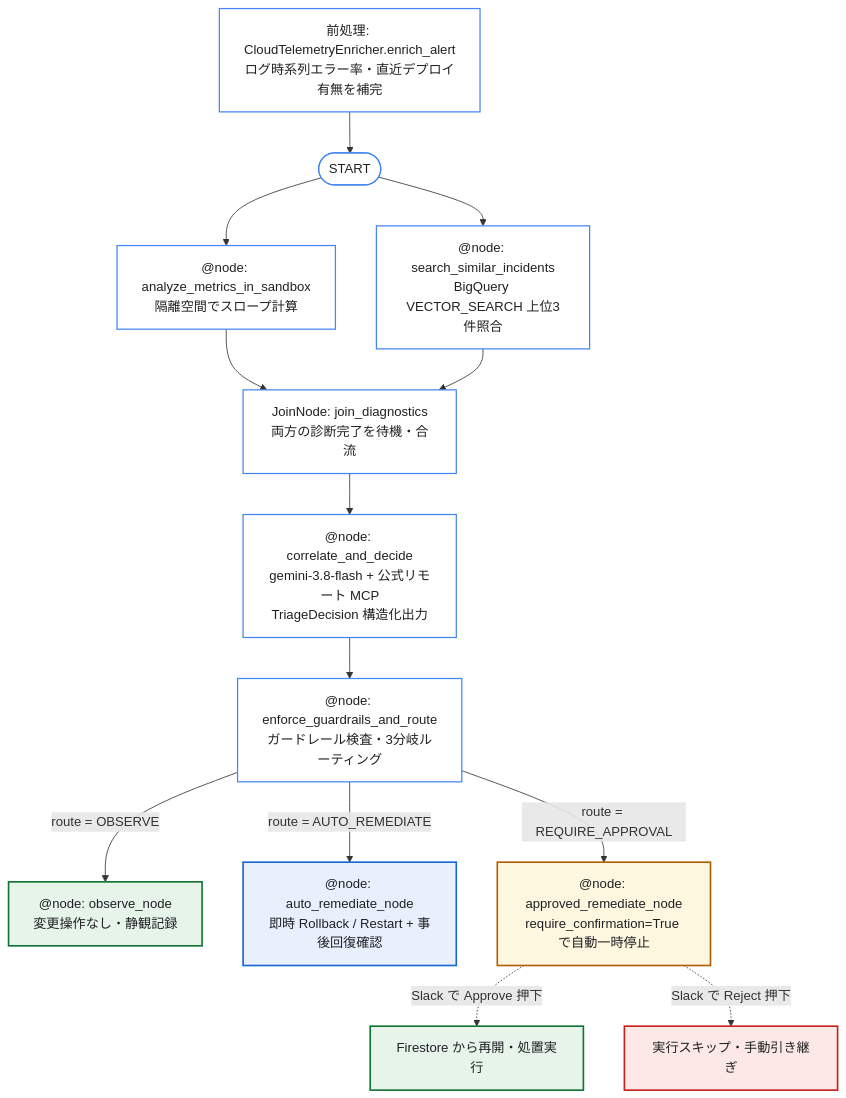
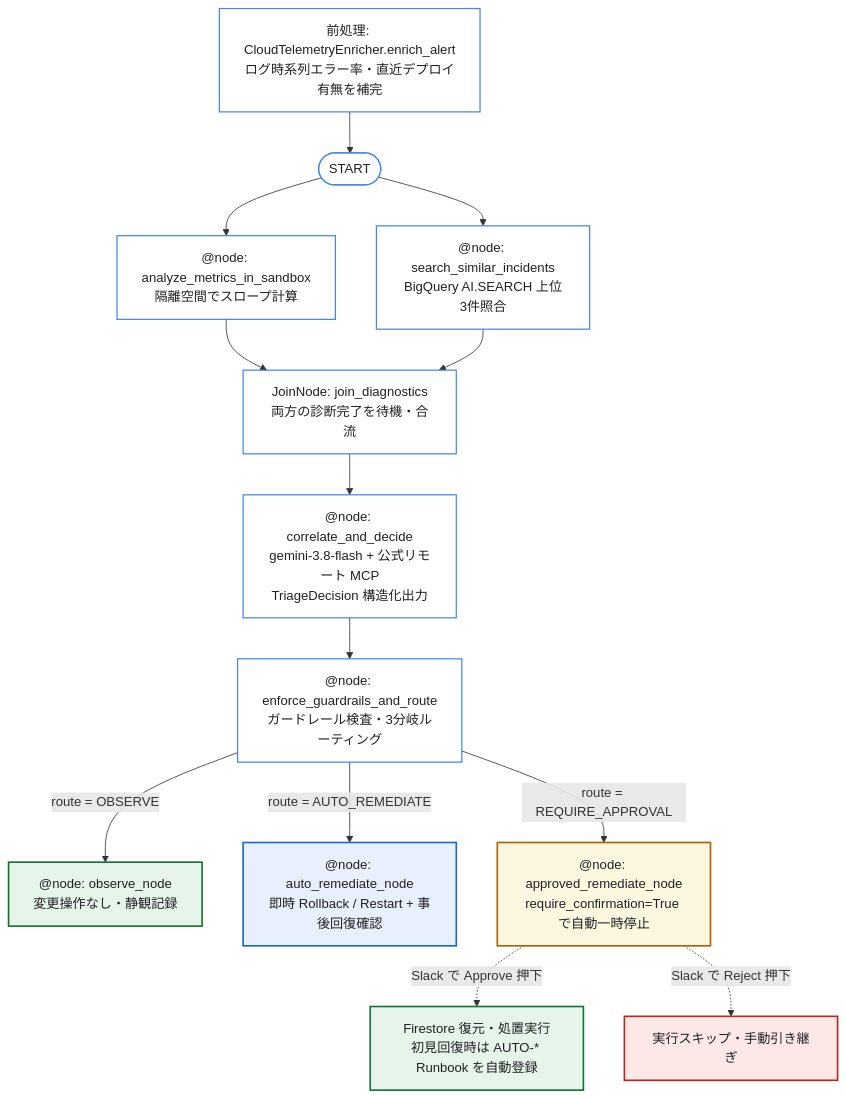
Before and after one commit to tyorikan/agentic-sre-handson: the second of 4 diagrams in docs/04-auto-remediation-and-slack-hitl.md, drawn with Mermaid. The commit also changed other lines of this file and 34 other files, not shown here.

Commit message:
feat: BigQuery AI.EMBED自律埋め込み知識ベース・解決ナレッジ自律昇格・訓練4を追加

````diff
--- a/docs/04-auto-remediation-and-slack-hitl.md
+++ b/docs/04-auto-remediation-and-slack-hitl.md
@@ -61,27 +61,27 @@
 ```mermaid
 flowchart TD
     Pre["前処理: CloudTelemetryEnricher.enrich_alert<br/>ログ時系列エラー率・直近デプロイ有無を補完"] --> S(["START"])
     S --> P1["@node: analyze_metrics_in_sandbox<br/>隔離空間でスロープ計算"]
-    S --> P2["@node: search_similar_incidents<br/>BigQuery VECTOR_SEARCH 上位3件照合"]
+    S --> P2["@node: search_similar_incidents<br/>BigQuery AI.SEARCH 上位3件照合"]
     P1 & P2 --> J["JoinNode: join_diagnostics<br/>両方の診断完了を待機・合流"]
     J --> LLM["@node: correlate_and_decide<br/>gemini-3.8-flash + 公式リモート MCP<br/>TriageDecision 構造化出力"]
     LLM --> Router["@node: enforce_guardrails_and_route<br/>ガードレール検査・3分岐ルーティング"]
 
     Router -->|"route = OBSERVE"| N1["@node: observe_node<br/>変更操作なし・静観記録"]
     Router -->|"route = AUTO_REMEDIATE"| N2["@node: auto_remediate_node<br/>即時 Rollback / Restart + 事後回復確認"]
     Router -->|"route = REQUIRE_APPROVAL"| N3["@node: approved_remediate_node<br/>require_confirmation=True で自動一時停止"]
 
-    N3 -.->|"Slack で Approve 押下"| Exec["Firestore から再開・処置実行"]
+    N3 -.->|"Slack で Approve 押下"| Exec["Firestore 復元・処置実行<br/>初見回復時は AUTO-* Runbook を自動登録"]
     N3 -.->|"Slack で Reject 押下"| Cancel["実行スキップ・手動引き継ぎ"]
 
     classDef nodeBox fill:#ffffff,stroke:#4285F4,stroke-width:1.5px,color:#202124;
     classDef ok fill:#e6f4ea,stroke:#137333,stroke-width:2px,color:#202124;
     classDef auto fill:#e8f0fe,stroke:#1967d2,stroke-width:2px,color:#202124;
     classDef hitl fill:#fef7e0,stroke:#b06000,stroke-width:2px,color:#202124;
     classDef reject fill:#fce8e6,stroke:#c5221f,stroke-width:2px,color:#202124;
     class Pre,S,P1,P2,J,LLM,Router nodeBox;
     class N1,Exec ok;
     class N2 auto;
     class N3 hitl;
     class Cancel reject;
 ```
````
